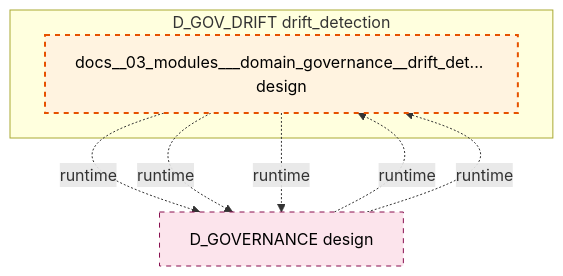
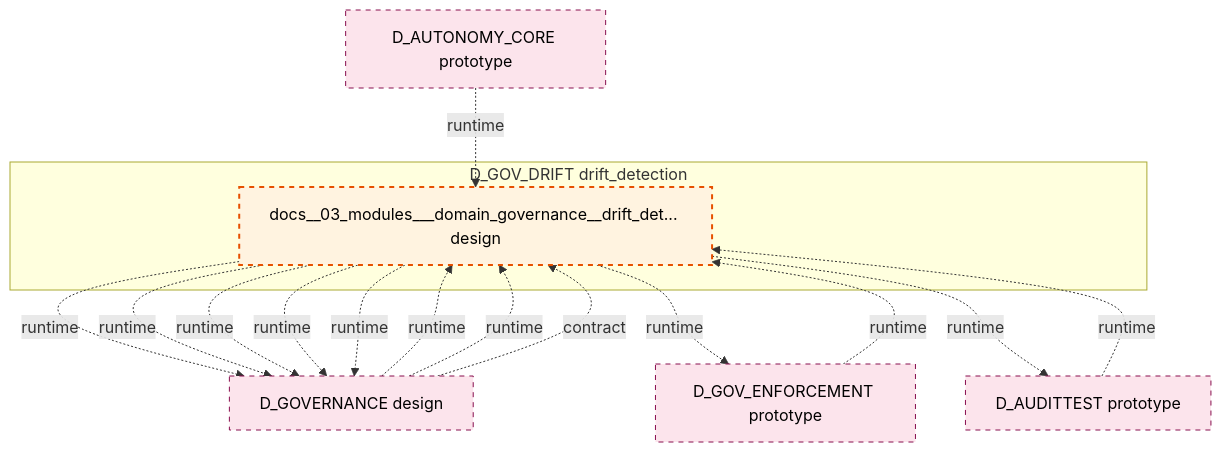
Before and after one commit to xuanFelixVan/ZephyrAlpha: the diagram in docs/02_enterprise_architecture/02_domain_architecture_docs/34_d_gov_drift.md, drawn with Mermaid. The commit also changed other lines of this file and 99 other files, not shown here.

````diff
--- a/docs/02_enterprise_architecture/02_domain_architecture_docs/34_d_gov_drift.md
+++ b/docs/02_enterprise_architecture/02_domain_architecture_docs/34_d_gov_drift.md
@@ -47,18 +47,29 @@
 ```mermaid
 graph TD
     subgraph D_GOV_DRIFT["D_GOV_DRIFT drift_detection"]
         docs_03_modules_domain_governance_drift_detector_blueprint_md["docs__03_modules___domain_governance__drift_det... design"]
     end
     D_GOVERNANCE["D_GOVERNANCE design"]
     docs_03_modules_domain_governance_drift_detector_blueprint_md -.->|runtime| D_GOVERNANCE
     docs_03_modules_domain_governance_drift_detector_blueprint_md -.->|runtime| D_GOVERNANCE
+    D_GOV_ENFORCEMENT["D_GOV_ENFORCEMENT prototype"]
+    docs_03_modules_domain_governance_drift_detector_blueprint_md -.->|runtime| D_GOV_ENFORCEMENT
+    D_AUDITTEST["D_AUDITTEST prototype"]
+    docs_03_modules_domain_governance_drift_detector_blueprint_md -.->|runtime| D_AUDITTEST
     docs_03_modules_domain_governance_drift_detector_blueprint_md -.->|runtime| D_GOVERNANCE
+    docs_03_modules_domain_governance_drift_detector_blueprint_md -.->|runtime| D_GOVERNANCE
+    docs_03_modules_domain_governance_drift_detector_blueprint_md -.->|runtime| D_GOVERNANCE
+    D_GOV_ENFORCEMENT -.->|runtime| docs_03_modules_domain_governance_drift_detector_blueprint_md
     D_GOVERNANCE -.->|runtime| docs_03_modules_domain_governance_drift_detector_blueprint_md
     D_GOVERNANCE -.->|runtime| docs_03_modules_domain_governance_drift_detector_blueprint_md
+    D_GOVERNANCE -.->|contract| docs_03_modules_domain_governance_drift_detector_blueprint_md
+    D_AUTONOMY_CORE["D_AUTONOMY_CORE prototype"]
+    D_AUTONOMY_CORE -.->|runtime| docs_03_modules_domain_governance_drift_detector_blueprint_md
+    D_AUDITTEST -.->|runtime| docs_03_modules_domain_governance_drift_detector_blueprint_md
     classDef production fill:#e1f5fe,stroke:#01579b,stroke-width:2px,color:#000
     classDef design fill:#fff3e0,stroke:#e65100,stroke-width:2px,color:#000,stroke-dasharray: 5 5
     classDef external_prod fill:#e8f5e9,stroke:#1b5e20,stroke-width:1px,color:#000
     classDef external_design fill:#fce4ec,stroke:#880e4f,stroke-width:1px,color:#000,stroke-dasharray: 5 5
     class docs_03_modules_domain_governance_drift_detector_blueprint_md design
-    class D_GOVERNANCE external_design
+    class D_GOVERNANCE,D_GOV_ENFORCEMENT,D_AUDITTEST,D_AUTONOMY_CORE external_design
 ```
````
